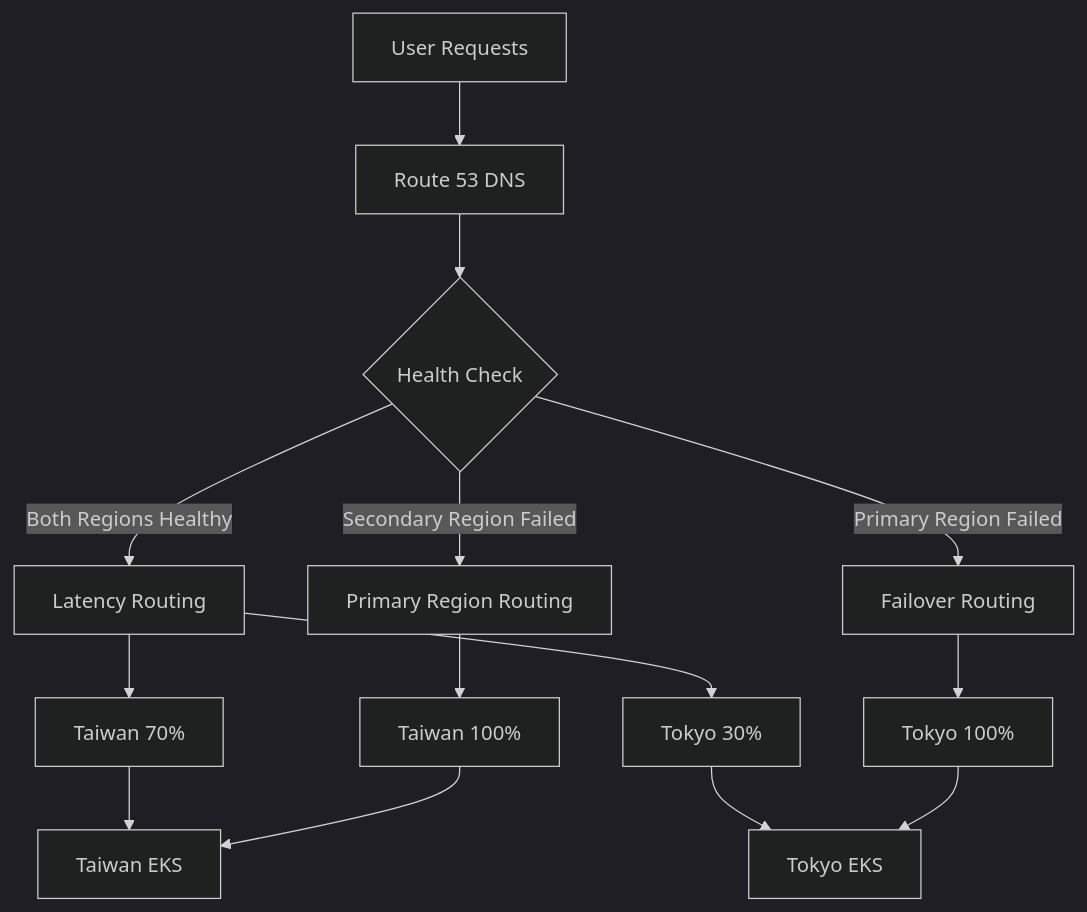
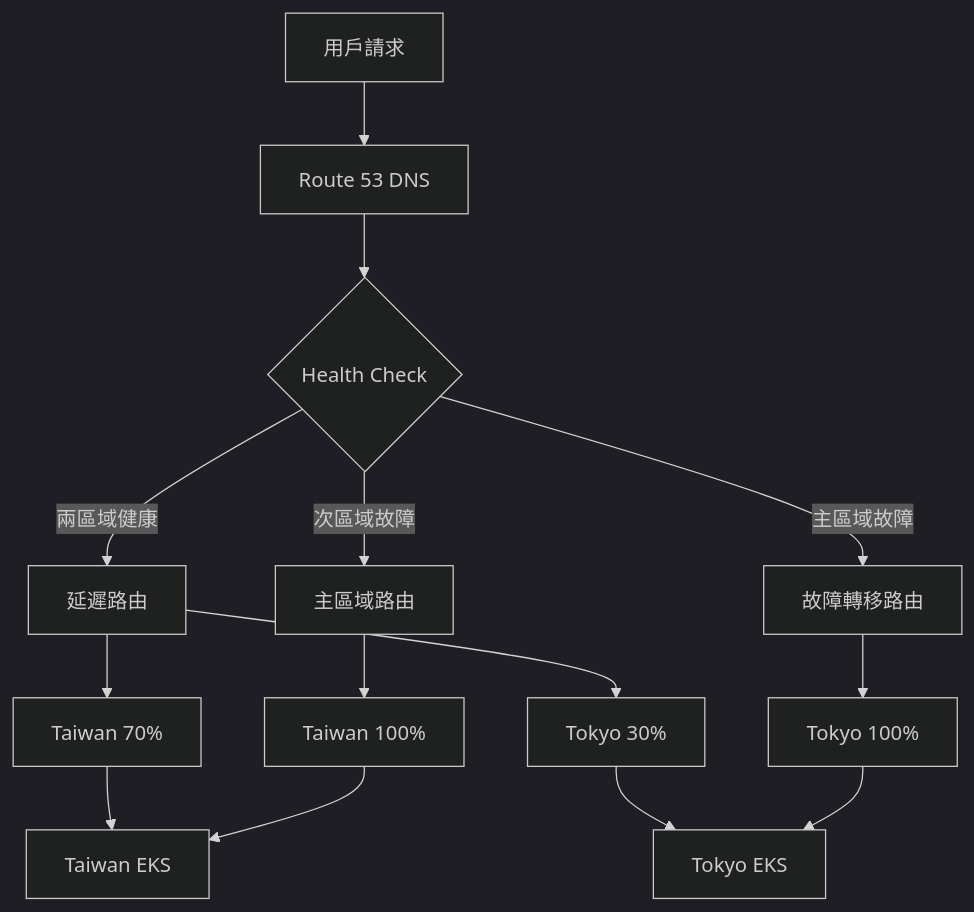
Before and after one commit to humank/genai-demo: the first of 5 diagrams in docs/en/architecture/disaster-recovery-design.md, drawn with Mermaid (dark theme). The commit also changed other lines of this file and 583 other files, not shown here.

````diff
--- a/docs/en/architecture/disaster-recovery-design.md
+++ b/docs/en/architecture/disaster-recovery-design.md
@@ -41,19 +42,19 @@
 ```mermaid
 graph TB
-    A[User Requests] --> B[Route 53 DNS]
+    A[用戶請求] --> B[Route 53 DNS]
     B --> C{Health Check}
-    C -->|Both Regions Healthy| D[Latency Routing]
-    C -->|Primary Region Failed| E[Failover Routing]
-    C -->|Secondary Region Failed| F[Primary Region Routing]
+    C -->|兩區域健康| D[延遲路由]
+    C -->|主區域故障| E[故障轉移路由]
+    C -->|次區域故障| F[主區域路由]
     
     D --> G[Taiwan 70%]
     D --> H[Tokyo 30%]
     
     E --> I[Tokyo 100%]
     F --> J[Taiwan 100%]
     
     G --> K[Taiwan EKS]
     H --> L[Tokyo EKS]
     I --> L
     J --> K
 ```
````
